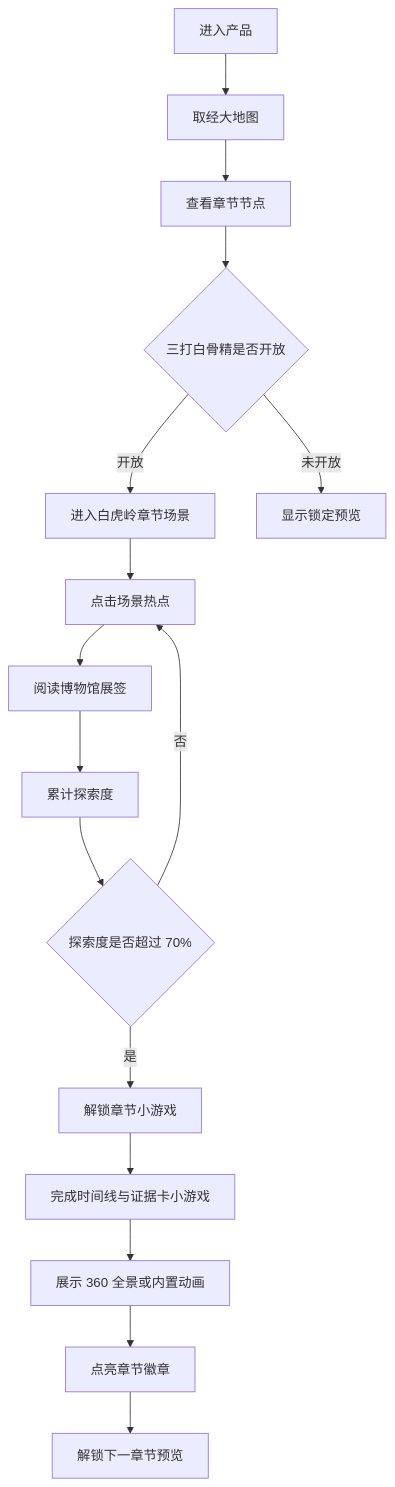
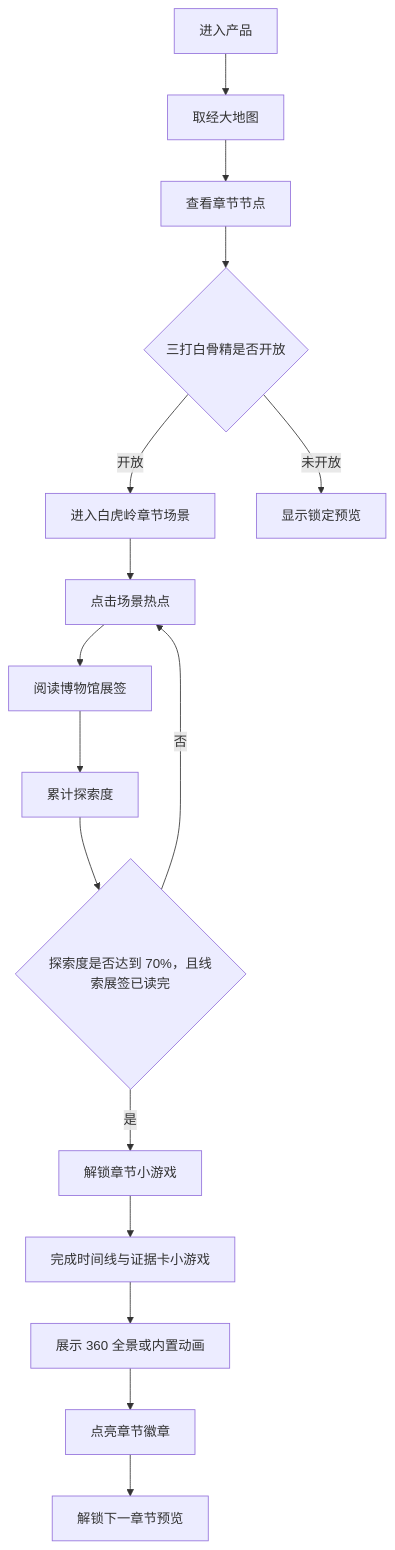
One commit to powerycy/xiyouji-interactive-museum changed the diagram in docs/USER_FLOW.md. Above: the diagram before and after it, drawn with Mermaid. The commit also changed other lines of this file and 22 other files, not shown here.

````diff
--- a/docs/USER_FLOW.md
+++ b/docs/USER_FLOW.md
@@ -5,18 +5,18 @@
 ```mermaid
 flowchart TD
   A["进入产品"] --> B["取经大地图"]
   B --> C["查看章节节点"]
   C --> D{"三打白骨精是否开放"}
   D -->|开放| E["进入白虎岭章节场景"]
   D -->|未开放| F["显示锁定预览"]
   E --> G["点击场景热点"]
   G --> H["阅读博物馆展签"]
   H --> I["累计探索度"]
-  I --> J{"探索度是否超过 70%"}
+  I --> J{"探索度是否达到 70%，且线索展签已读完"}
   J -->|否| G
   J -->|是| K["解锁章节小游戏"]
   K --> L["完成时间线与证据卡小游戏"]
   L --> M["展示 360 全景或内置动画"]
   M --> N["点亮章节徽章"]
   N --> O["解锁下一章节预览"]
 ```
````
